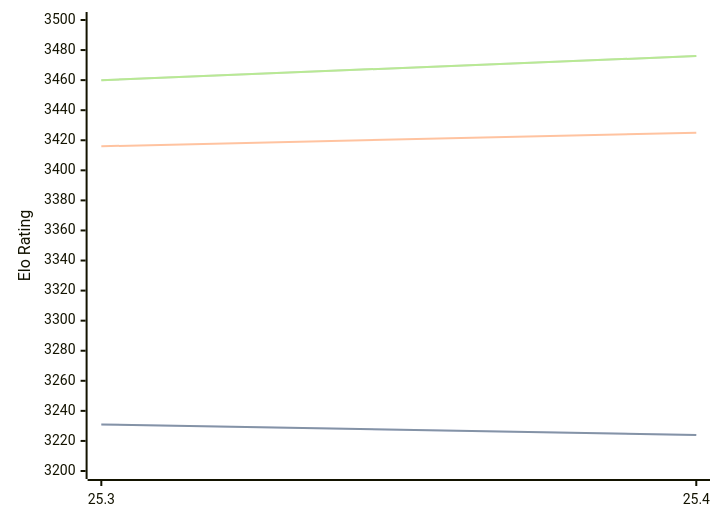
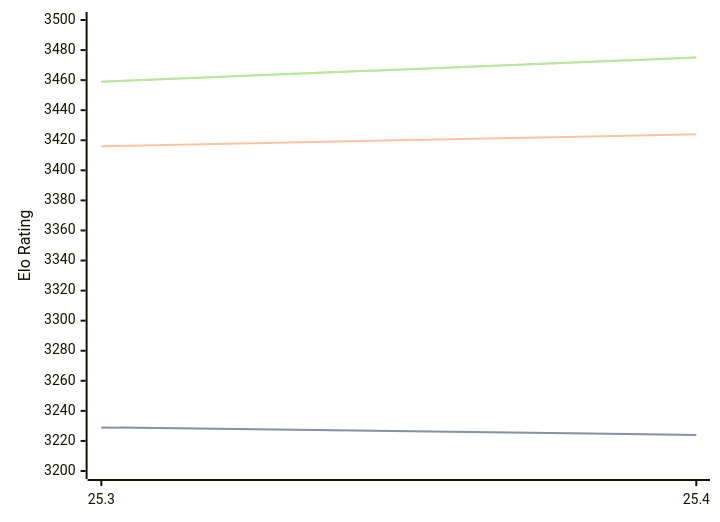
One commit to computer-chess-index/cci changed the diagram in engines/Arasan.md. Above: the diagram before and after it, drawn with Mermaid. The commit also changed other lines of this file, not shown here.

Commit message:
Update CCI Ratings (ELO VLTC) - 2026-06-07

````diff
--- a/engines/Arasan.md
+++ b/engines/Arasan.md
@@ -33,11 +33,11 @@
 ```mermaid
 %%{init: {"theme":"base","themeVariables":{"seriesColors:['#a3a3a3','#222221','#faa371']}}}%%
 xychart-beta
   x-axis ["25.3", "25.4"]
   y-axis "Elo Rating" 3200 --> 3500
-  line "STC (8.0+0.08s)" [3231, 3224]
-  line "STC (8.0+0.08s)" [3231, 3224]
-  line "LTC (60.0+0.60s)" [3416, 3425]
-  line "VLTC (2m24s+1.12s)" [3460, 3476]
-  line "VLTC (2m24s+1.12s)" [3460, 3476]
+  line "STC (8.0+0.08s)" [3229, 3224]
+  line "STC (8.0+0.08s)" [3229, 3224]
+  line "LTC (60.0+0.60s)" [3416, 3424]
+  line "VLTC (2m24s+1.12s)" [3459, 3475]
+  line "VLTC (2m24s+1.12s)" [3459, 3475]
 ```
````
